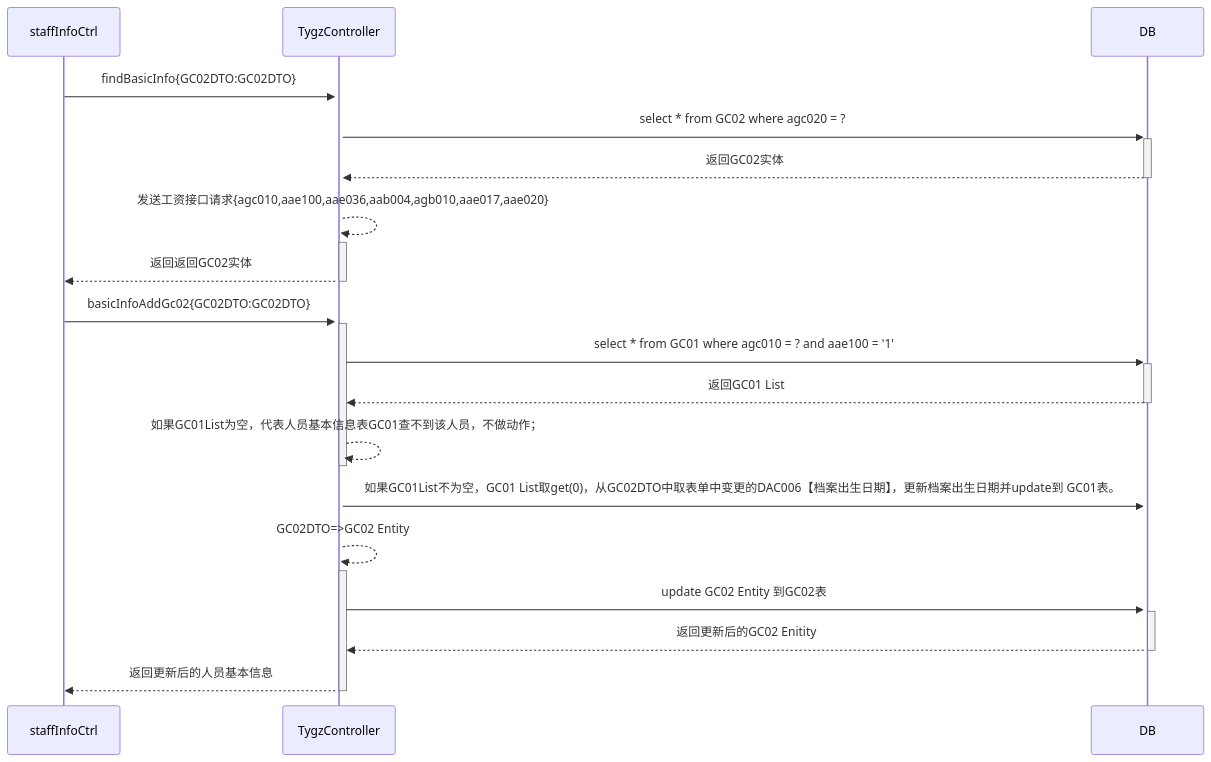
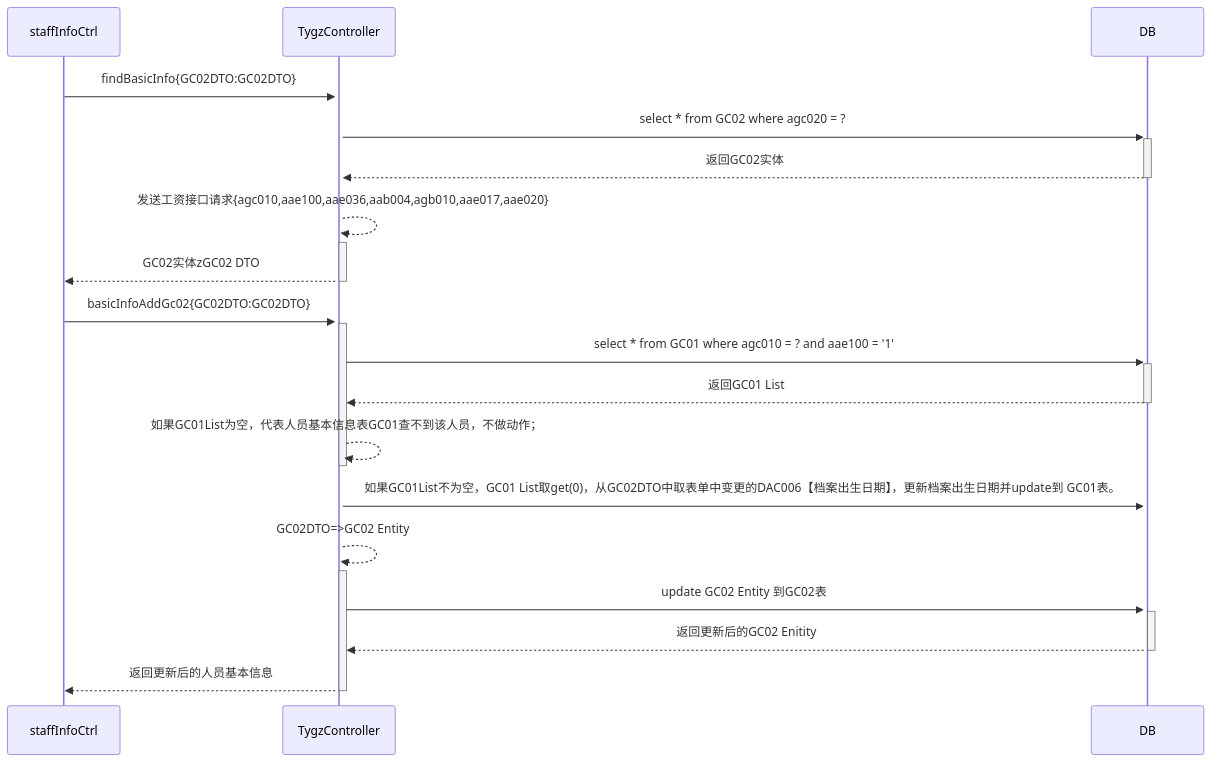
Before and after one commit to ZhangJianBeiJing/iodraw-files: the diagram in all/未命名-1.md, drawn with Mermaid.

Commit message:
2025-03-24 18:11:47 update

````diff
--- a/all/未命名-1.md
+++ b/all/未命名-1.md
@@ -1,22 +1,22 @@
 ```mermaid
 sequenceDiagram
     staffInfoCtrl->>+TygzController:findBasicInfo{GC02DTO:GC02DTO}
     TygzController->>+DB:select * from GC02 where agc020 = ?
     DB-->>-TygzController:返回GC02实体
     TygzController-->>+TygzController:发送工资接口请求{agc010,aae100,aae036,aab004,agb010,aae017,aae020}
-    TygzController-->>-staffInfoCtrl:返回返回GC02实体
+    TygzController-->>-staffInfoCtrl:GC02实体zGC02 DTO
 
     staffInfoCtrl->>+TygzController:basicInfoAddGc02{GC02DTO:GC02DTO}
     TygzController->>+DB:select * from GC01 where agc010 = ? and aae100 = '1'
     DB-->>-TygzController:返回GC01 List
     TygzController-->>-TygzController:如果GC01List为空，代表人员基本信息表GC01查不到该人员，不做动作；
     TygzController->>+DB:如果GC01List不为空，GC01 List取get(0)，从GC02DTO中取表单中变更的DAC006【档案出生日期】，更新档案出生日期并update到 GC01表。
     TygzController-->>+TygzController:GC02DTO=>GC02 Entity
     TygzController->>+DB:update GC02 Entity 到GC02表
     DB-->>-TygzController:返回更新后的GC02 Enitity
     TygzController-->>-staffInfoCtrl:返回更新后的人员基本信息
 
 
 
 
 ```
````
